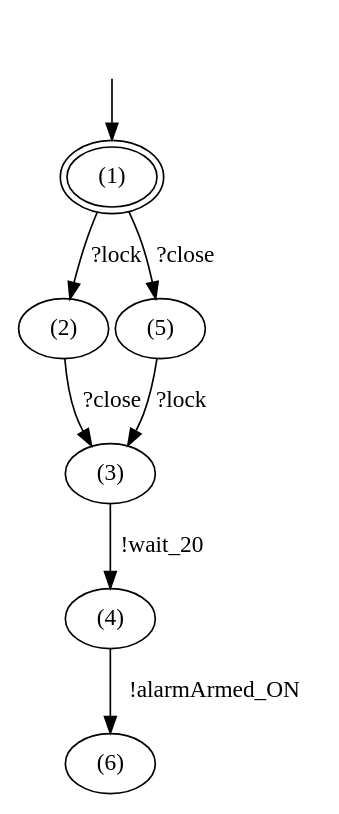
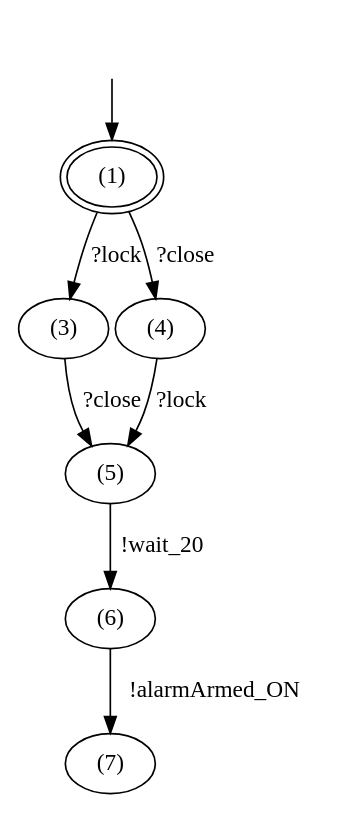
One commit to haubitzer/AALpy changed the diagram in tmp/liveness_property.pbes.evidence.dot. Above: the diagram before and after it, drawn with Graphviz. The commit also changed 67 other files, not shown here.

```diff
--- a/tmp/liveness_property.pbes.evidence.dot
+++ b/tmp/liveness_property.pbes.evidence.dot
@@ -1,19 +1,19 @@
 digraph G {
 center = TRUE;
 mclimit = 10.0;
 nodesep = 0.05;
 
 s0 [ peripheries=2 ];
 s0 [label="(1)"];
-s1 [label="(2)"];
-s2 [label="(5)"];
-s3 [label="(3)"];
-s4 [label="(4)"];
-s5 [label="(6)"];
+s1 [label="(3)"];
+s2 [label="(4)"];
+s3 [label="(5)"];
+s4 [label="(6)"];
+s5 [label="(7)"];
 s0->s1[label="?lock"];
 s0->s2[label="?close"];
 s1->s3[label="?close"];
 s2->s3[label="?lock"];
 s3->s4[label="!wait_20"];
 s4->s5[label="!alarmArmed_ON"];
 __start0 [label="", shape=none];__start0 -> s0  [label=""];}
```
